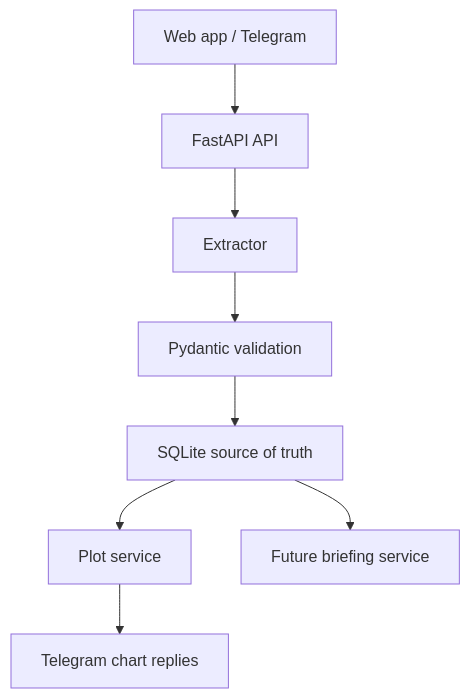
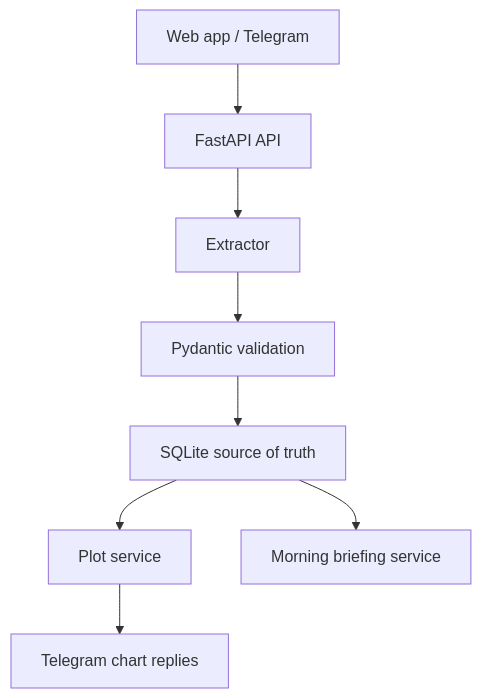
Before and after one commit to davidwardan/life-os: the diagram in README.md, drawn with Mermaid. The commit also changed other lines of this file and 11 other files, not shown here.

````diff
--- a/README.md
+++ b/README.md
@@ -51,10 +52,10 @@
 ```mermaid
 flowchart TD
     A["Web app / Telegram"] --> B["FastAPI API"]
     B --> C["Extractor"]
     C --> D["Pydantic validation"]
     D --> E["SQLite source of truth"]
     E --> F["Plot service"]
-    E --> G["Future briefing service"]
+    E --> G["Morning briefing service"]
     F --> H["Telegram chart replies"]
 ```
````
